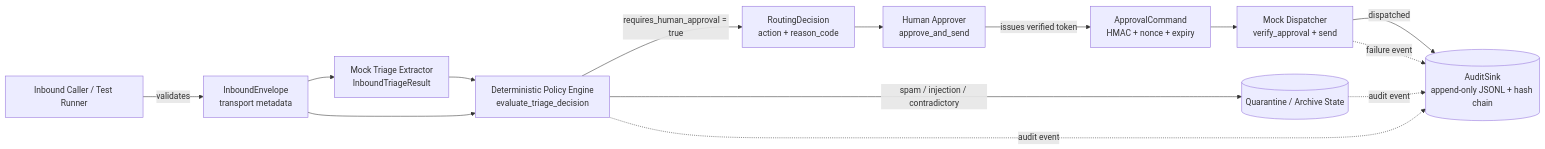
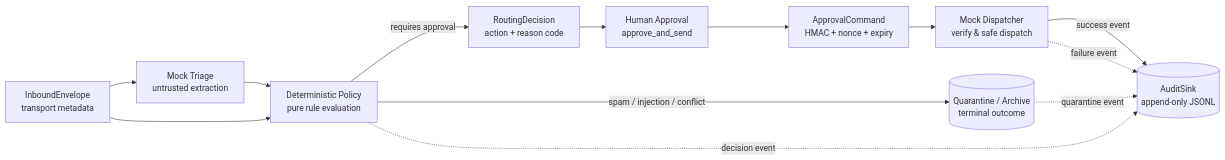
Before and after one commit to Kavleri/beda-inbound-orchestrator: the diagram in README.md, drawn with Mermaid. The commit also changed other lines of this file and 3 other files, not shown here.

Commit message:
docs(refine): finalize 83-test suite, exact local architecture flow, and audit/demo wording

````diff
--- a/README.md
+++ b/README.md
@@ -215,27 +217,25 @@
 ```mermaid
 flowchart LR
-    Client[Inbound Caller / Test Runner]
     Envelope[InboundEnvelope<br/>transport metadata]
-    Triage[Mock Triage Extractor<br/>InboundTriageResult]
-    Policy[Deterministic Policy Engine<br/>evaluate_triage_decision]
-    Decision[RoutingDecision<br/>action + reason_code]
-    Human[Human Approver<br/>approve_and_send]
+    Triage[Mock Triage<br/>untrusted extraction]
+    Policy[Deterministic Policy<br/>pure rule evaluation]
+    Decision[RoutingDecision<br/>action + reason code]
+    Approval[Human Approval<br/>approve_and_send]
     Command[ApprovalCommand<br/>HMAC + nonce + expiry]
-    Dispatcher[Mock Dispatcher<br/>verify_approval + send]
-    AuditSink[(AuditSink<br/>append-only JSONL + hash chain)]
-    Quarantine[(Quarantine / Archive State)]
+    Dispatcher[Mock Dispatcher<br/>verify & safe dispatch]
+    AuditSink[(AuditSink<br/>append-only JSONL)]
+    Quarantine[(Quarantine / Archive<br/>terminal outcome)]
 
-    Client -->|validates| Envelope
     Envelope --> Triage
     Triage --> Policy
     Envelope --> Policy
-    Policy -->|requires_human_approval = true| Decision
-    Policy -->|spam / injection / contradictory| Quarantine
-    Decision --> Human
-    Human -->|issues verified token| Command
+    Policy -->|requires approval| Decision
+    Policy -->|spam / injection / conflict| Quarantine
+    Decision --> Approval
+    Approval --> Command
     Command --> Dispatcher
-    Dispatcher -->|dispatched| AuditSink
-    Policy -.->|audit event| AuditSink
-    Quarantine -.->|audit event| AuditSink
+    Dispatcher -->|success event| AuditSink
+    Policy -.->|decision event| AuditSink
+    Quarantine -.->|quarantine event| AuditSink
     Dispatcher -.->|failure event| AuditSink
 ```
````
